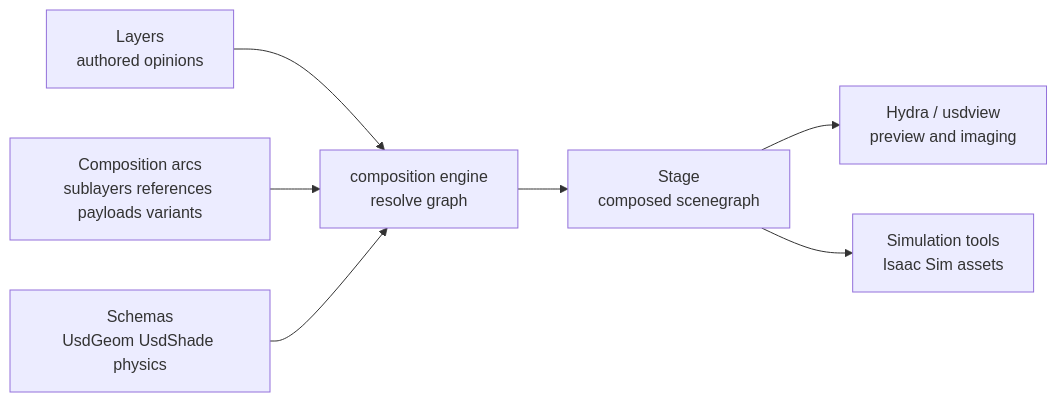
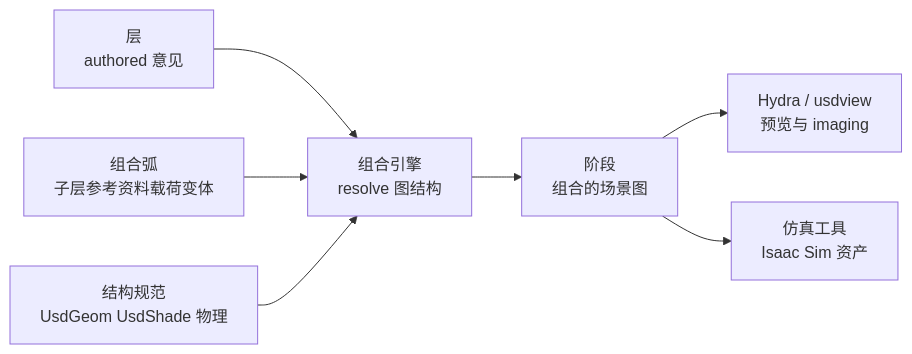
The diagram in wiki/concepts/OpenUSDSceneComposition.md (niuverse/llm-wiki), drawn with Mermaid before and after one commit. The commit also changed other lines of this file and 123 other files, not shown here.

````diff
--- a/wiki/concepts/OpenUSDSceneComposition.md
+++ b/wiki/concepts/OpenUSDSceneComposition.md
@@ -41,9 +41,9 @@
 ```mermaid
 flowchart LR
-  L["Layers<br/>authored opinions"] --> CE["composition engine<br/>resolve graph"]
-  A["Composition arcs<br/>sublayers references payloads variants"] --> CE
-  S["Schemas<br/>UsdGeom UsdShade physics"] --> CE
-  CE --> ST["Stage<br/>composed scenegraph"]
-  ST --> H["Hydra / usdview<br/>preview and imaging"]
-  ST --> SIM["Simulation tools<br/>Isaac Sim assets"]
+  L["层<br/>authored 意见"] --> CE["组合引擎<br/>resolve 图结构"]
+  A["组合弧<br/>子层参考资料载荷变体"] --> CE
+  S["结构规范<br/>UsdGeom UsdShade 物理"] --> CE
+  CE --> ST["阶段<br/>组合的场景图"]
+  ST --> H["Hydra / usdview<br/>预览与 imaging"]
+  ST --> SIM["仿真工具<br/>Isaac Sim 资产"]
 ```
````
